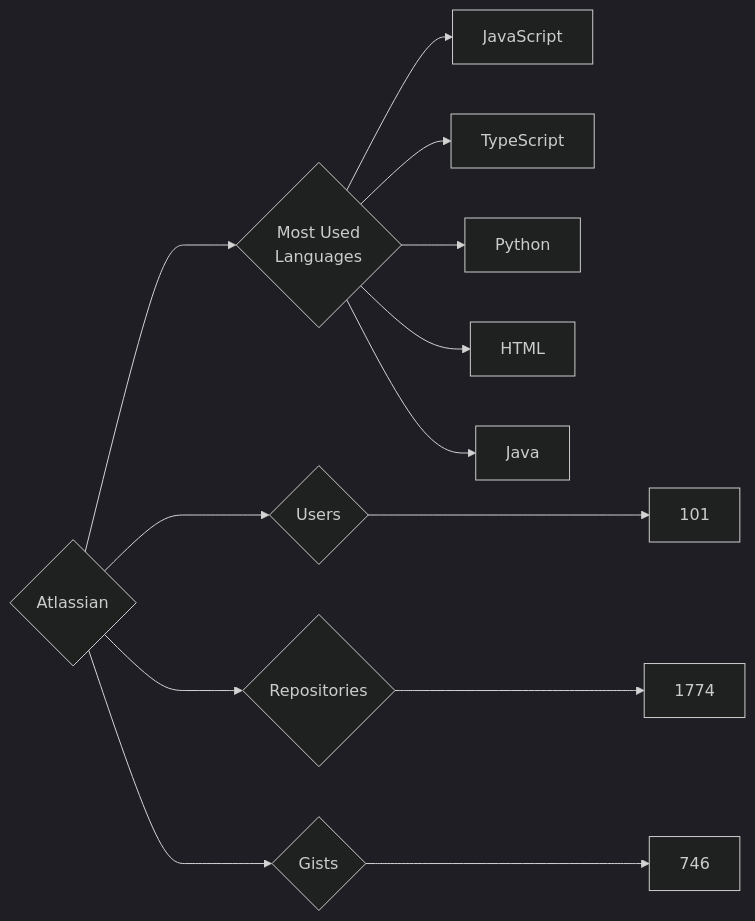
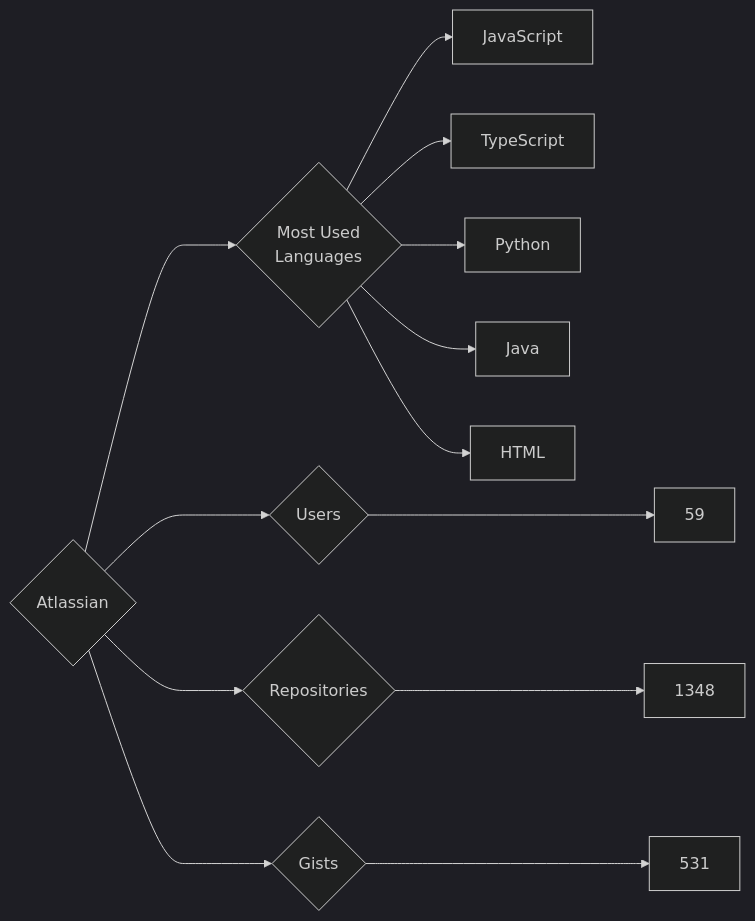
The diagram in targets/Atlassian/README.md (trickest/insiders), drawn with Mermaid (dark theme) before and after one commit. The commit also changed 826 other files, not shown here.

````diff
--- a/targets/Atlassian/README.md
+++ b/targets/Atlassian/README.md
@@ -3,13 +3,13 @@
 ```mermaid
 graph LR
 COMPANY_NAME{Atlassian}
-COMPANY_NAME ---> U{Users} ---> UN[101]
-COMPANY_NAME ---> R{Repositories} ---> RN[1774]
-COMPANY_NAME ---> G{Gists} ---> GN[746]
+COMPANY_NAME ---> U{Users} ---> UN[59]
+COMPANY_NAME ---> R{Repositories} ---> RN[1348]
+COMPANY_NAME ---> G{Gists} ---> GN[531]
 COMPANY_NAME ---> ML{Most Used<br>Languages}
 ML --> JavaScript[JavaScript]
 ML --> TypeScript[TypeScript]
 ML --> Python[Python]
+ML --> Java[Java]
 ML --> HTML[HTML]
-ML --> Java[Java]
 ```
````
